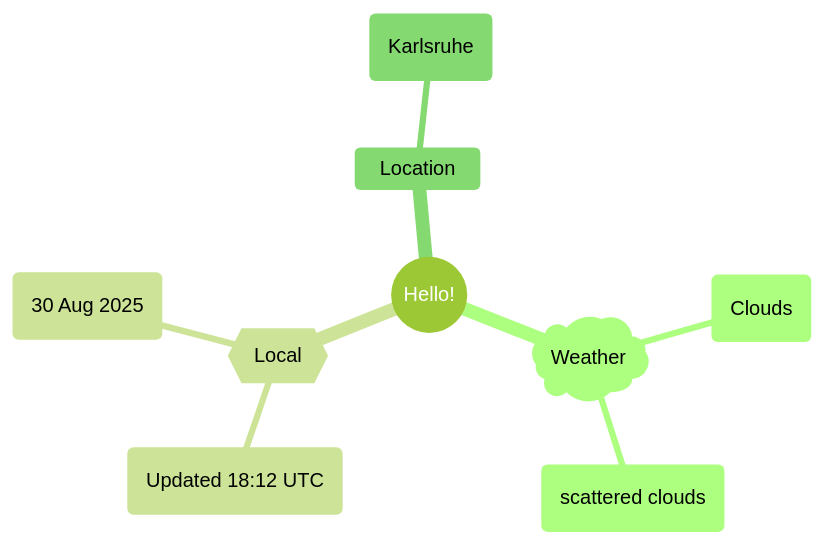
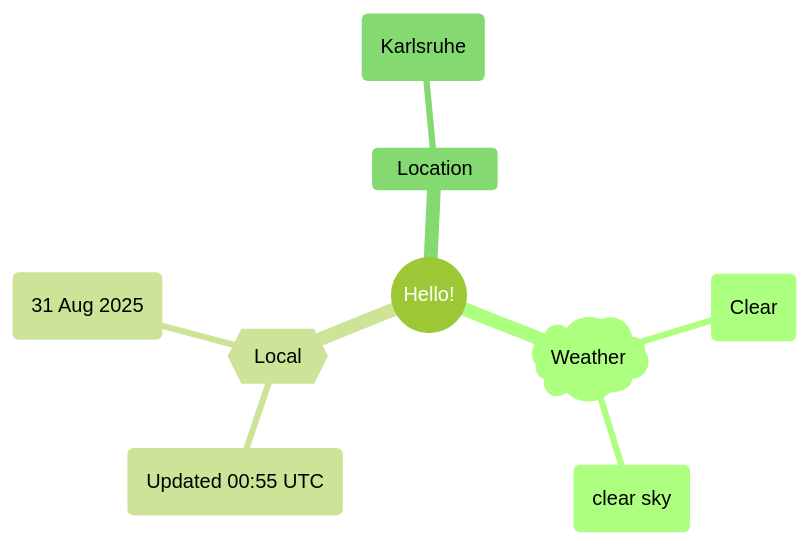
Before and after one commit to Xosrov/Xosrov: the first of 2 diagrams in README.md, drawn with Mermaid (forest theme).

Commit message:
[bot] updated images

````diff
--- a/README.md
+++ b/README.md
@@ -3,12 +3,12 @@
 ```mermaid
 mindmap
   root((Hello!))
     )Weather(
-        (Clouds)
-        (scattered clouds)
+        (Clear)
+        (clear sky)
     {{Local}}
-        (Updated 18:12 UTC)
-        (30 Aug 2025)
+        (Updated 00:55 UTC)
+        (31 Aug 2025)
     Location
         (Karlsruhe)
 ```
````
